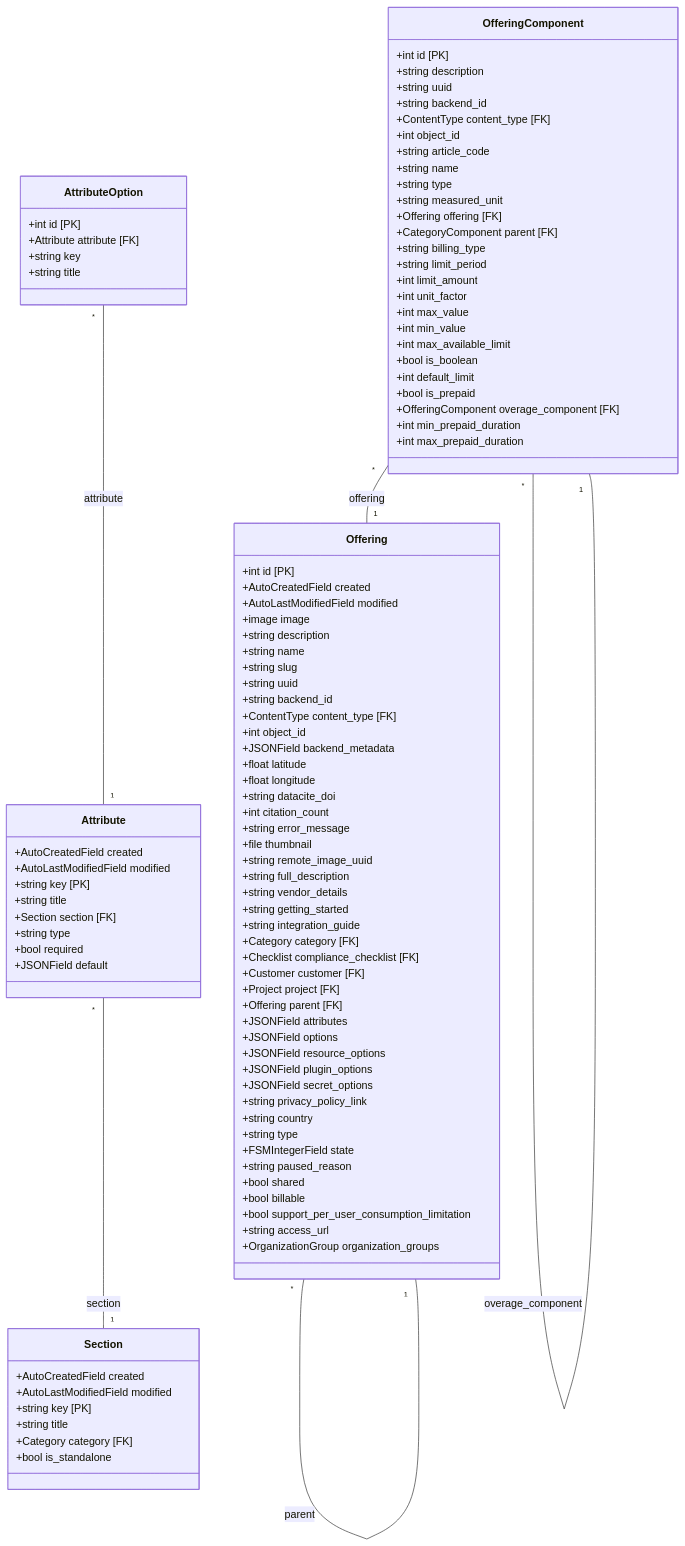
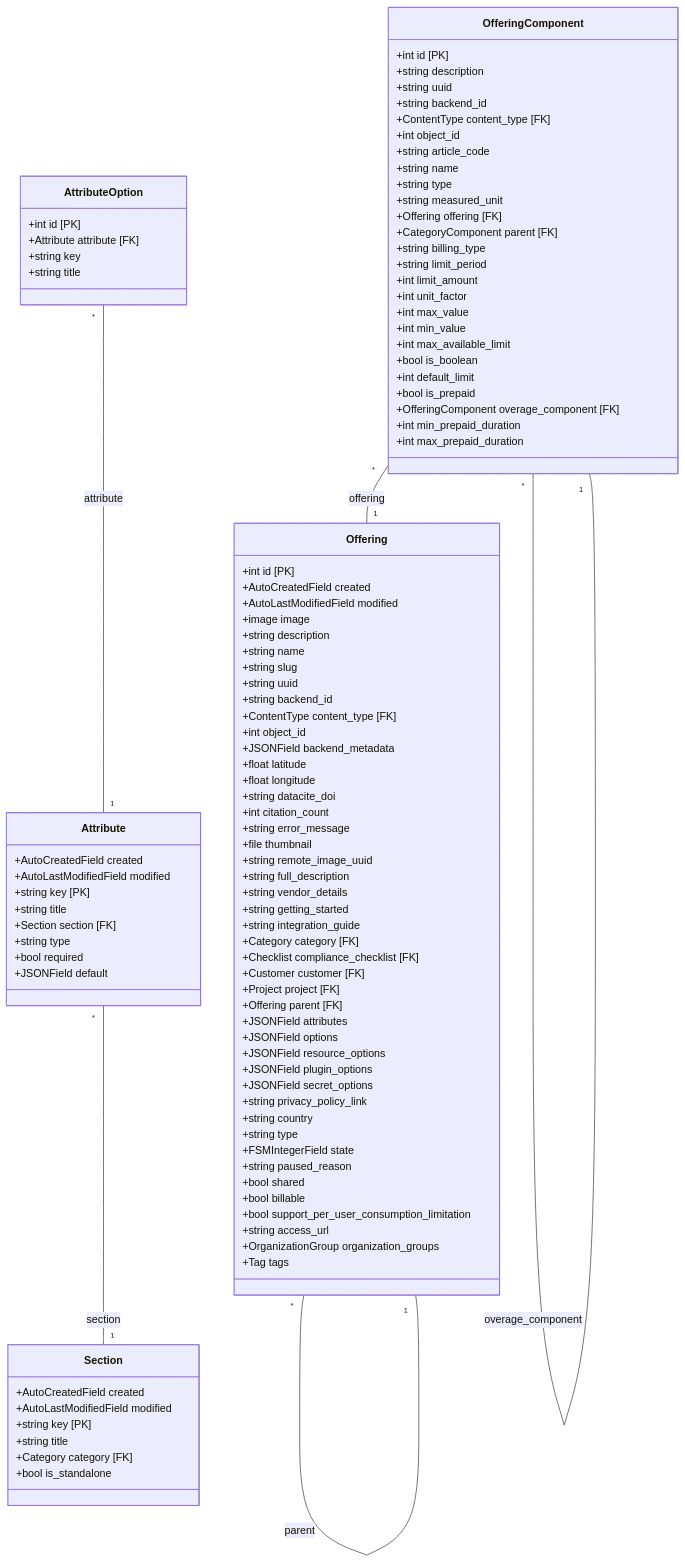
Before and after one commit to waldur/waldur-mastermind: the diagram in docs/marketplace_catalog.mmd, drawn with Mermaid.

Commit message:
Update configuration, CLI and developer guide

```diff
--- a/docs/marketplace_catalog.mmd
+++ b/docs/marketplace_catalog.mmd
@@ -1,103 +1,104 @@
 classDiagram
     direction TB
     class Section {
         +AutoCreatedField created
         +AutoLastModifiedField modified
         +string key [PK]
         +string title
         +Category category [FK]
         +bool is_standalone
     }
     class Attribute {
         +AutoCreatedField created
         +AutoLastModifiedField modified
         +string key [PK]
         +string title
         +Section section [FK]
         +string type
         +bool required
         +JSONField default
     }
     class AttributeOption {
         +int id [PK]
         +Attribute attribute [FK]
         +string key
         +string title
     }
     class Offering {
         +int id [PK]
         +AutoCreatedField created
         +AutoLastModifiedField modified
         +image image
         +string description
         +string name
         +string slug
         +string uuid
         +string backend_id
         +ContentType content_type [FK]
         +int object_id
         +JSONField backend_metadata
         +float latitude
         +float longitude
         +string datacite_doi
         +int citation_count
         +string error_message
         +file thumbnail
         +string remote_image_uuid
         +string full_description
         +string vendor_details
         +string getting_started
         +string integration_guide
         +Category category [FK]
         +Checklist compliance_checklist [FK]
         +Customer customer [FK]
         +Project project [FK]
         +Offering parent [FK]
         +JSONField attributes
         +JSONField options
         +JSONField resource_options
         +JSONField plugin_options
         +JSONField secret_options
         +string privacy_policy_link
         +string country
         +string type
         +FSMIntegerField state
         +string paused_reason
         +bool shared
         +bool billable
         +bool support_per_user_consumption_limitation
         +string access_url
         +OrganizationGroup organization_groups
+        +Tag tags
     }
     class OfferingComponent {
         +int id [PK]
         +string description
         +string uuid
         +string backend_id
         +ContentType content_type [FK]
         +int object_id
         +string article_code
         +string name
         +string type
         +string measured_unit
         +Offering offering [FK]
         +CategoryComponent parent [FK]
         +string billing_type
         +string limit_period
         +int limit_amount
         +int unit_factor
         +int max_value
         +int min_value
         +int max_available_limit
         +bool is_boolean
         +int default_limit
         +bool is_prepaid
         +OfferingComponent overage_component [FK]
         +int min_prepaid_duration
         +int max_prepaid_duration
     }
     Attribute "*" -- "1" Section : section
     AttributeOption "*" -- "1" Attribute : attribute
     Offering "*" -- "1" Offering : parent
     OfferingComponent "*" -- "1" Offering : offering
     OfferingComponent "*" -- "1" OfferingComponent : overage_component
```
